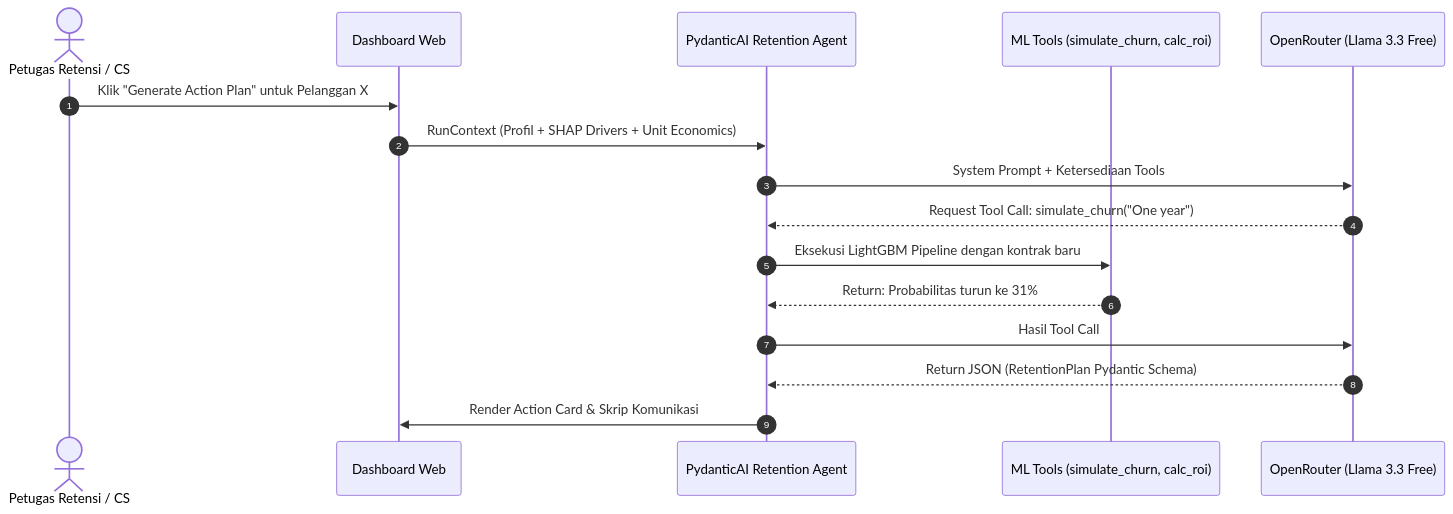
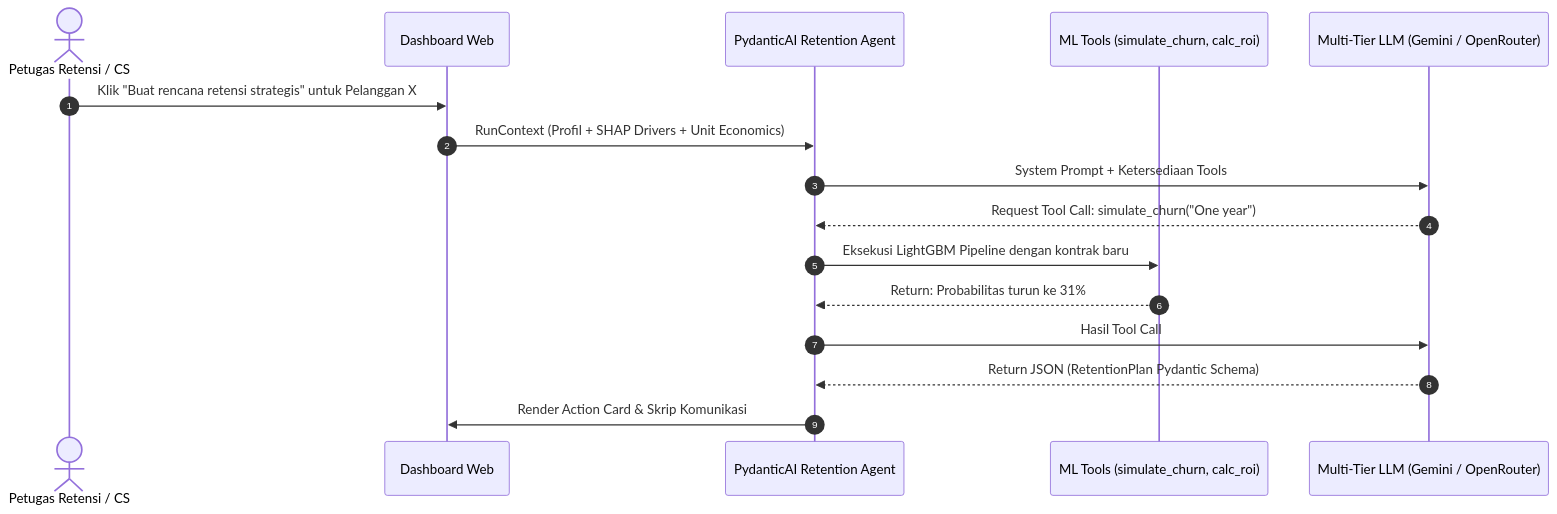
Before and after one commit to Arfiadi/telco-churn-classification: the second of 2 diagrams in docs/phase2_system_design_and_architecture.md, drawn with Mermaid. The commit also changed other lines of this file and 2 other files, not shown here.

Commit message:
docs: align README and Phase 2 architecture specs with current implementation

````diff
--- a/docs/phase2_system_design_and_architecture.md
+++ b/docs/phase2_system_design_and_architecture.md
@@ -130,19 +132,19 @@
 ```mermaid
 sequenceDiagram
     autonumber
     actor CS as Petugas Retensi / CS
     participant UI as Dashboard Web
     participant Agent as PydanticAI Retention Agent
     participant ML as ML Tools (simulate_churn, calc_roi)
-    participant LLM as OpenRouter (Llama 3.3 Free)
+    participant LLM as Multi-Tier LLM (Gemini / OpenRouter)
 
-    CS->>UI: Klik "Generate Action Plan" untuk Pelanggan X
+    CS->>UI: Klik "Buat rencana retensi strategis" untuk Pelanggan X
     UI->>Agent: RunContext (Profil + SHAP Drivers + Unit Economics)
     Agent->>LLM: System Prompt + Ketersediaan Tools
     LLM-->>Agent: Request Tool Call: simulate_churn("One year")
     Agent->>ML: Eksekusi LightGBM Pipeline dengan kontrak baru
     ML-->>Agent: Return: Probabilitas turun ke 31%
     Agent->>LLM: Hasil Tool Call
     LLM-->>Agent: Return JSON (RetentionPlan Pydantic Schema)
     Agent->>UI: Render Action Card & Skrip Komunikasi
 ```
````
